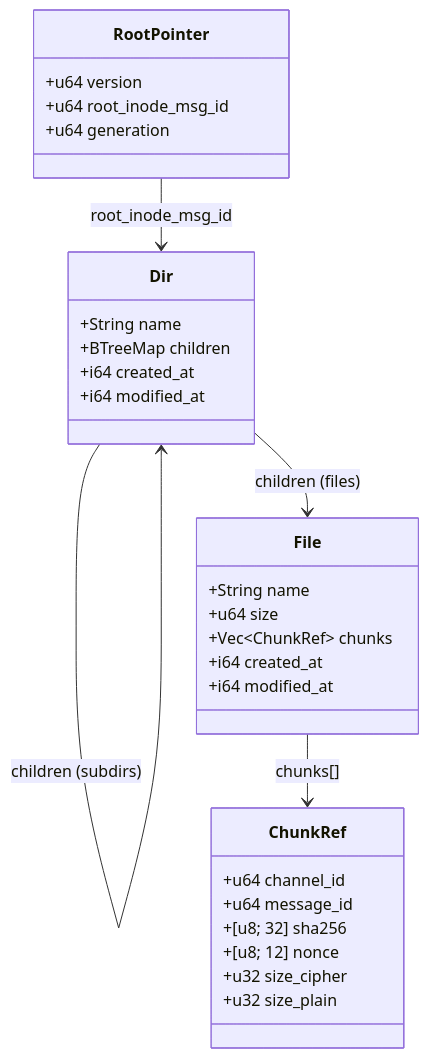
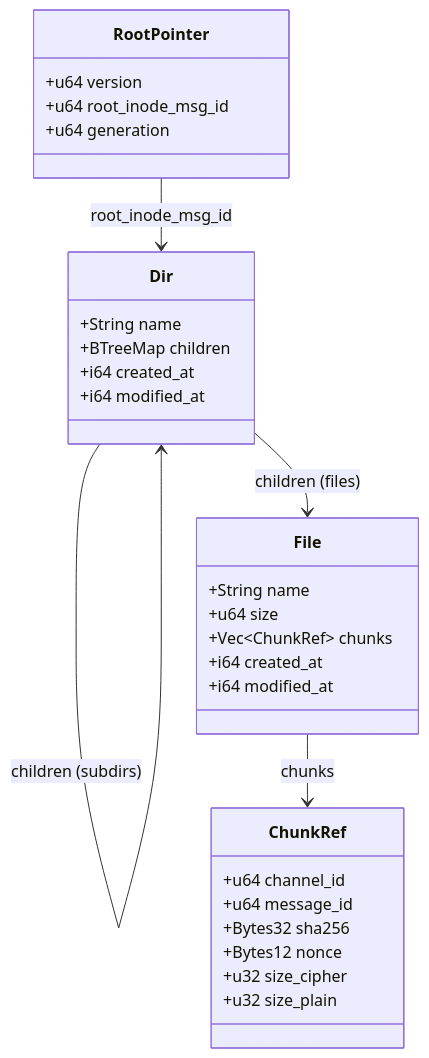
The sixth of 7 diagrams in README.md (Nuu-maan/oubliette), drawn with Mermaid before and after one commit. The commit also changed other lines of this file, not shown here.

Commit message:
docs: fix mermaid syntax in storage layout and inode class diagrams

````diff
--- a/README.md
+++ b/README.md
@@ -367,33 +367,33 @@
 ```mermaid
 classDiagram
     class RootPointer {
         +u64 version
         +u64 root_inode_msg_id
         +u64 generation
     }
     class Dir {
         +String name
         +BTreeMap children
         +i64 created_at
         +i64 modified_at
     }
     class File {
         +String name
         +u64 size
         +Vec~ChunkRef~ chunks
         +i64 created_at
         +i64 modified_at
     }
     class ChunkRef {
         +u64 channel_id
         +u64 message_id
-        +[u8; 32] sha256
-        +[u8; 12] nonce
+        +Bytes32 sha256
+        +Bytes12 nonce
         +u32 size_cipher
         +u32 size_plain
     }
     RootPointer --> Dir : root_inode_msg_id
     Dir --> Dir : children (subdirs)
     Dir --> File : children (files)
-    File --> ChunkRef : chunks[]
+    File --> ChunkRef : chunks
 ```
````
